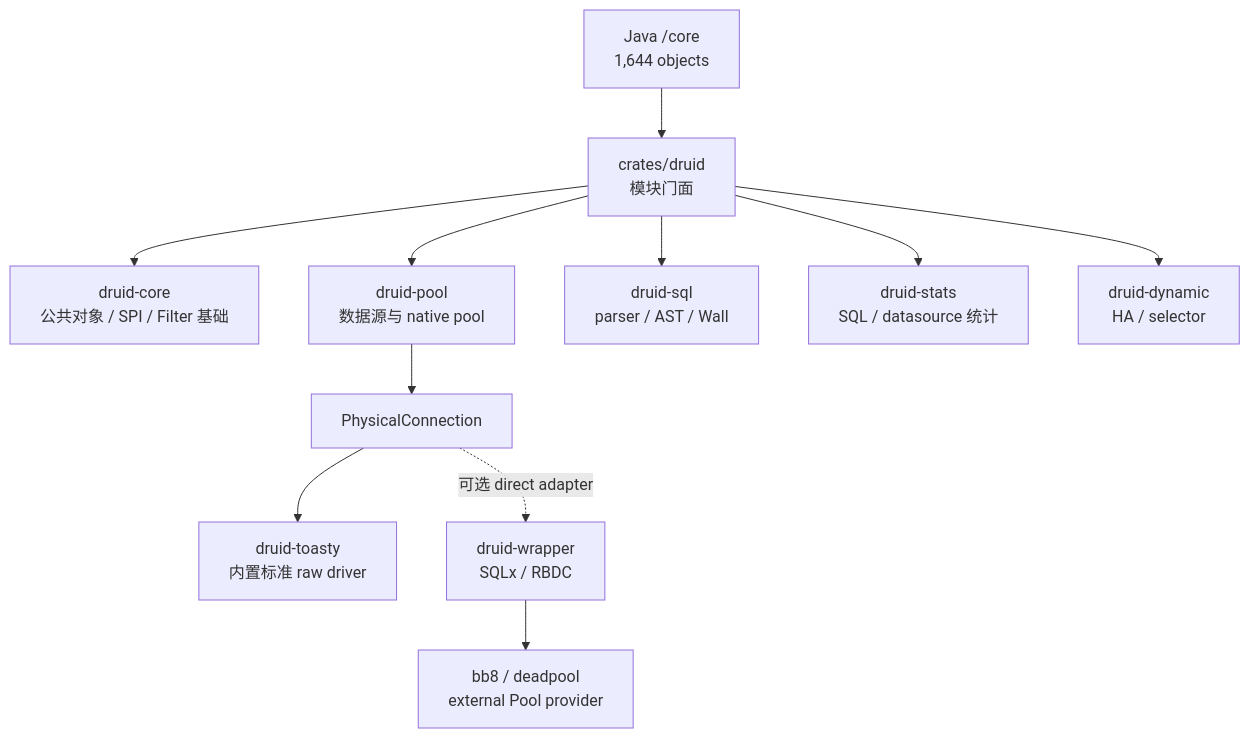
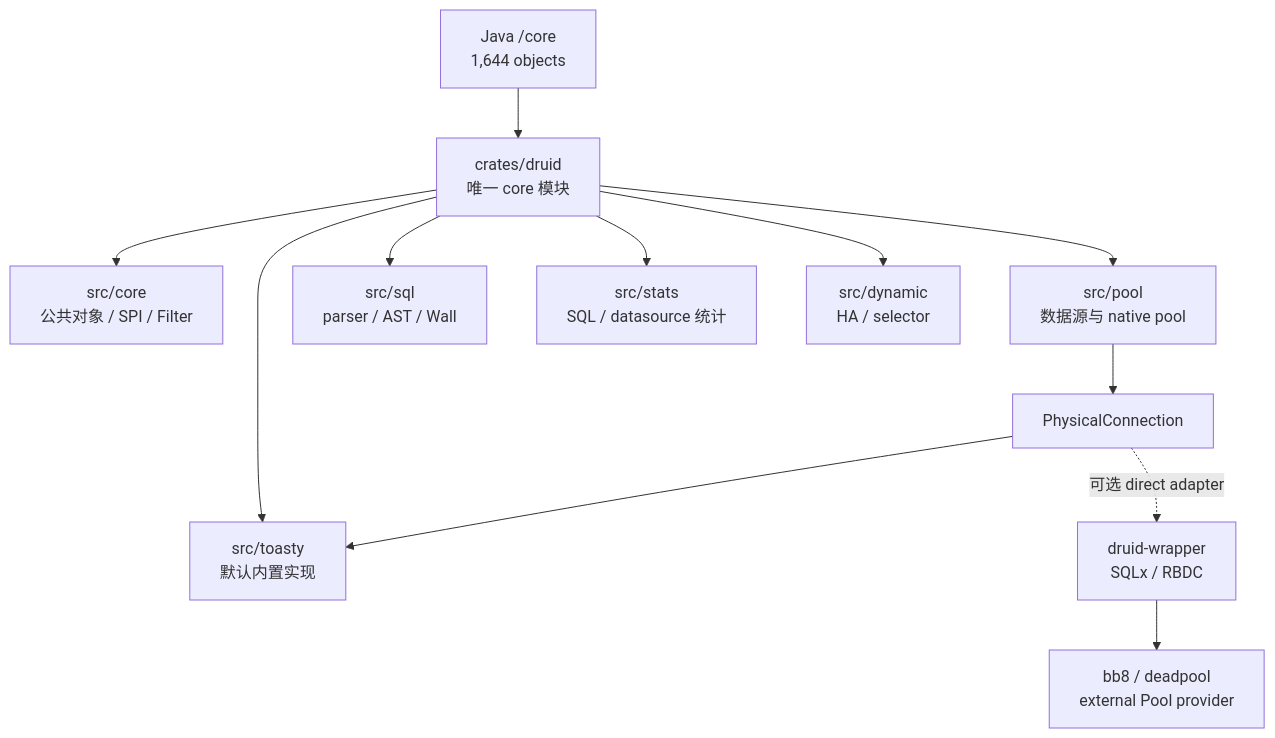
One commit to easy-4-rust/druid-rust changed the first of 2 diagrams in crates/druid/doc/migration/迁移路线图.md. Above: the diagram before and after it, drawn with Mermaid. The commit also changed other lines of this file and 260 other files, not shown here.

````diff
--- a/crates/druid/doc/migration/迁移路线图.md
+++ b/crates/druid/doc/migration/迁移路线图.md
@@ -13,13 +14,14 @@
 ```mermaid
 flowchart TB
-    Java["Java /core<br/>1,644 objects"] --> Facade["crates/druid<br/>模块门面"]
-    Facade --> Core["druid-core<br/>公共对象 / SPI / Filter 基础"]
-    Facade --> Pool["druid-pool<br/>数据源与 native pool"]
-    Facade --> Sql["druid-sql<br/>parser / AST / Wall"]
-    Facade --> Stats["druid-stats<br/>SQL / datasource 统计"]
-    Facade --> Dynamic["druid-dynamic<br/>HA / selector"]
+    Java["Java /core<br/>1,644 objects"] --> Druid["crates/druid<br/>唯一 core 模块"]
+    Druid --> Core["src/core<br/>公共对象 / SPI / Filter"]
+    Druid --> Pool["src/pool<br/>数据源与 native pool"]
+    Druid --> Sql["src/sql<br/>parser / AST / Wall"]
+    Druid --> Stats["src/stats<br/>SQL / datasource 统计"]
+    Druid --> Dynamic["src/dynamic<br/>HA / selector"]
+    Druid --> Toasty["src/toasty<br/>默认内置实现"]
     Pool --> Physical["PhysicalConnection"]
-    Physical --> Toasty["druid-toasty<br/>内置标准 raw driver"]
+    Physical --> Toasty
     Physical -. "可选 direct adapter" .-> Wrapper["druid-wrapper<br/>SQLx / RBDC"]
     Wrapper --> External["bb8 / deadpool<br/>external Pool provider"]
 ```
````
